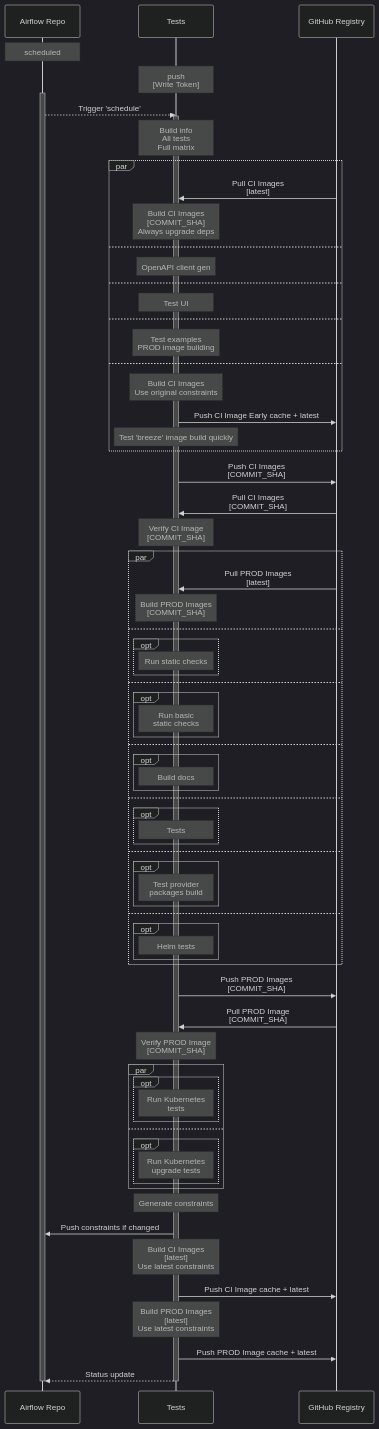
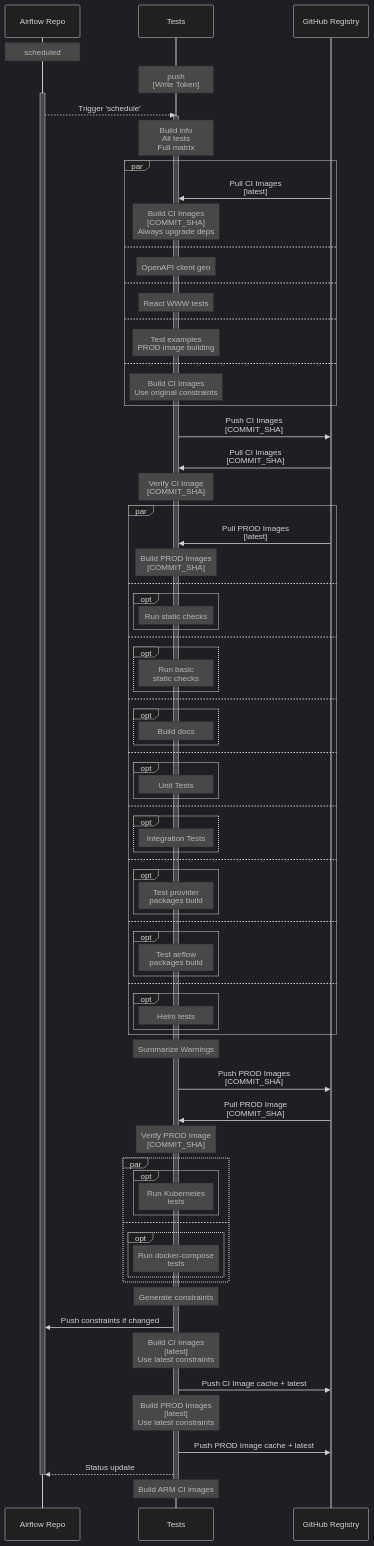
Before and after one commit to GoogleCloudPlatform/composer-airflow: the fourth of 4 diagrams in CI_DIAGRAMS.md, drawn with Mermaid (dark theme). The commit also changed other lines of this file and 2 other files, not shown here.

First line of the commit message:
Refresh the CI documentation to reflect latest changes (#29217)

````diff
--- a/CI_DIAGRAMS.md
+++ b/CI_DIAGRAMS.md
@@ -274,13 +317,11 @@
     and
         Note over Tests: OpenAPI client gen
     and
-        Note over Tests: Test UI
+        Note over Tests: React WWW tests
     and
         Note over Tests: Test examples<br>PROD image building
     and
         Note over Tests: Build CI Images<br>Use original constraints
-        Tests ->> GitHub Registry: Push CI Image Early cache + latest
-        Note over Tests: Test 'breeze' image build quickly
     end
     Tests ->> GitHub Registry: Push CI Images<br>[COMMIT_SHA]
     GitHub Registry ->> Tests: Pull CI Images<br>[COMMIT_SHA]
@@ -302,7 +343,11 @@
         end
     and
         opt
-            Note over Tests: Tests
+            Note over Tests: Unit Tests
+        end
+    and
+        opt
+            Note over Tests: Integration Tests
         end
     and
         opt
@@ -310,9 +355,14 @@
         end
     and
         opt
+            Note over Tests: Test airflow <br>packages build
+        end
+    and
+        opt
             Note over Tests: Helm tests
         end
     end
+    Note over Tests: Summarize Warnings
     Tests ->> GitHub Registry: Push PROD Images<br>[COMMIT_SHA]
     GitHub Registry ->> Tests: Pull PROD Image<br>[COMMIT_SHA]
     Note over Tests: Verify PROD Image<br>[COMMIT_SHA]
@@ -322,7 +372,7 @@
         end
     and
         opt
-            Note over Tests: Run Kubernetes <br>upgrade tests
+            Note over Tests: Run docker-compose <br>tests
         end
     end
     Note over Tests: Generate constraints
@@ -333,5 +383,6 @@
     Tests ->> GitHub Registry: Push PROD Image cache + latest
     Tests -->> Airflow Repo: Status update
     deactivate Airflow Repo
+    Note over Tests: Build ARM CI images
     deactivate Tests
 ```
````
